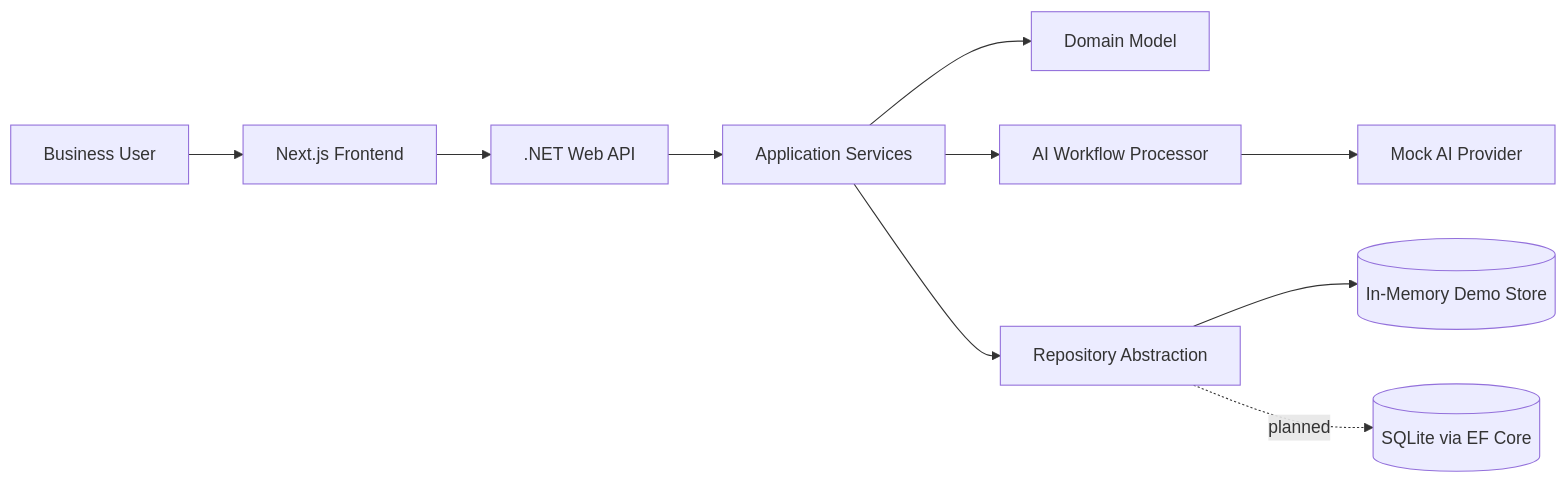
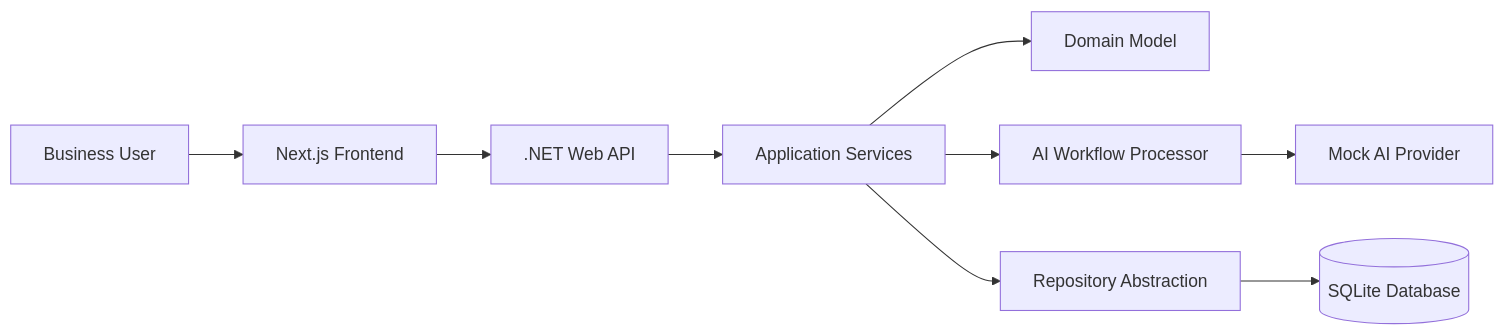
The diagram in README.md (Santiagoah27/ai-workflow-automation-dashboard), drawn with Mermaid before and after one commit. The commit also changed other lines of this file and 14 other files, not shown here.

````diff
--- a/README.md
+++ b/README.md
@@ -91,12 +91,11 @@
 ```mermaid
 flowchart LR
     User[Business User] --> Frontend[Next.js Frontend]
     Frontend --> Api[.NET Web API]
     Api --> App[Application Services]
     App --> Domain[Domain Model]
     App --> Ai[AI Workflow Processor]
     Ai --> Mock[Mock AI Provider]
     App --> Repo[Repository Abstraction]
-    Repo --> Memory[(In-Memory Demo Store)]
-    Repo -. planned .-> Db[(SQLite via EF Core)]
+    Repo --> Db[(SQLite Database)]
 ```
````
